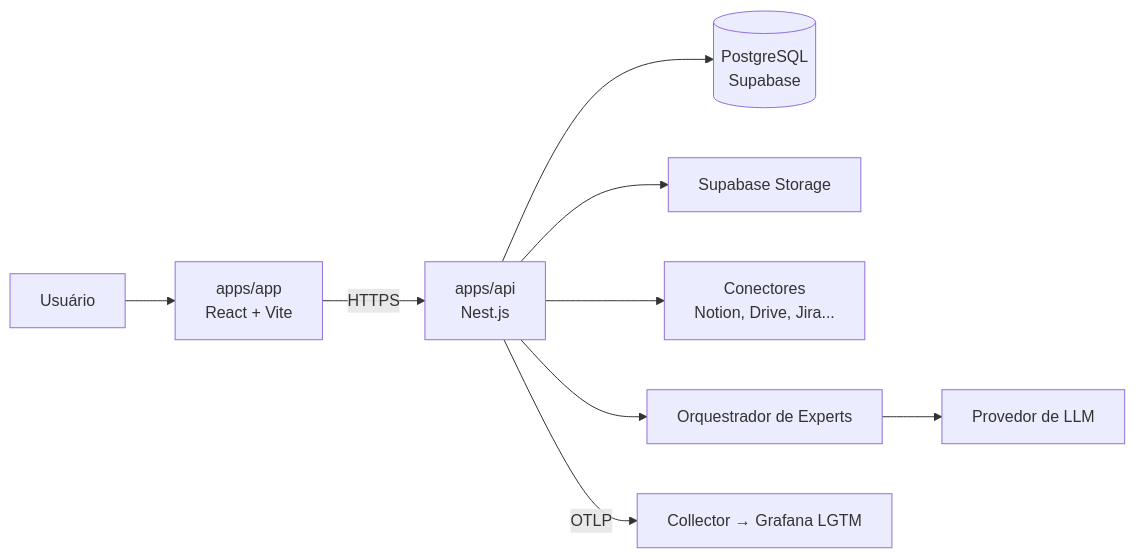
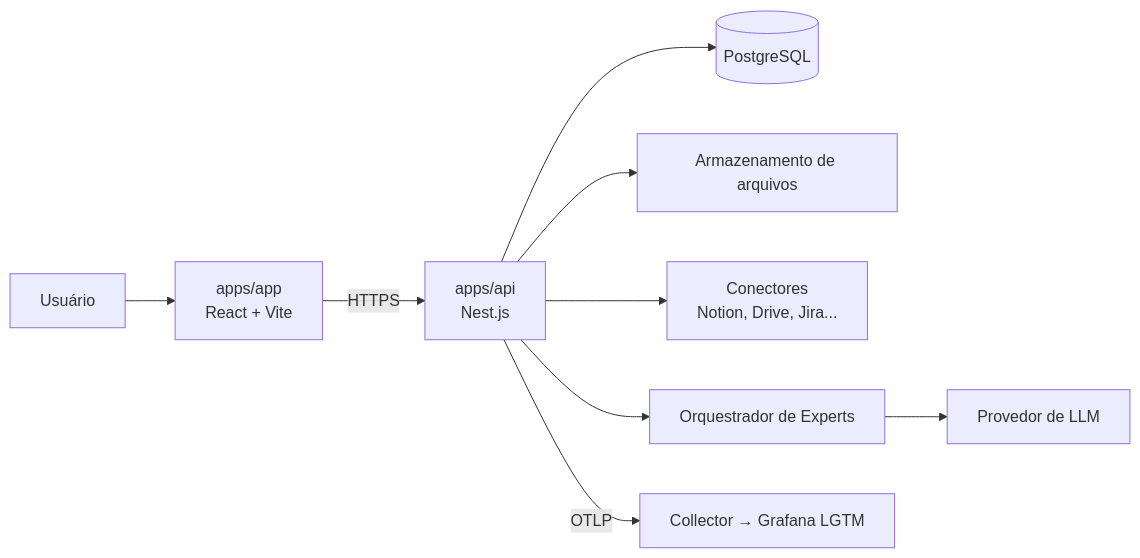
Before and after one commit to brunolucildo/analytics-personas: the diagram in .docs/ARCHITECTURE.md, drawn with Mermaid. The commit also changed other lines of this file and 116 other files, not shown here.

````diff
--- a/.docs/ARCHITECTURE.md
+++ b/.docs/ARCHITECTURE.md
@@ -84,11 +84,11 @@
 ```mermaid
 flowchart LR
   U[Usuário] --> W["apps/app<br/>React + Vite"]
   W -->|HTTPS| A["apps/api<br/>Nest.js"]
-  A --> DB[(PostgreSQL<br/>Supabase)]
-  A --> ST[Supabase Storage]
+  A --> DB[(PostgreSQL)]
+  A --> ST[Armazenamento de arquivos]
   A --> CN[Conectores<br/>Notion, Drive, Jira...]
   A --> EX[Orquestrador de Experts]
   EX --> LLM[Provedor de LLM]
   A -->|OTLP| OB[Collector → Grafana LGTM]
 ```
````
